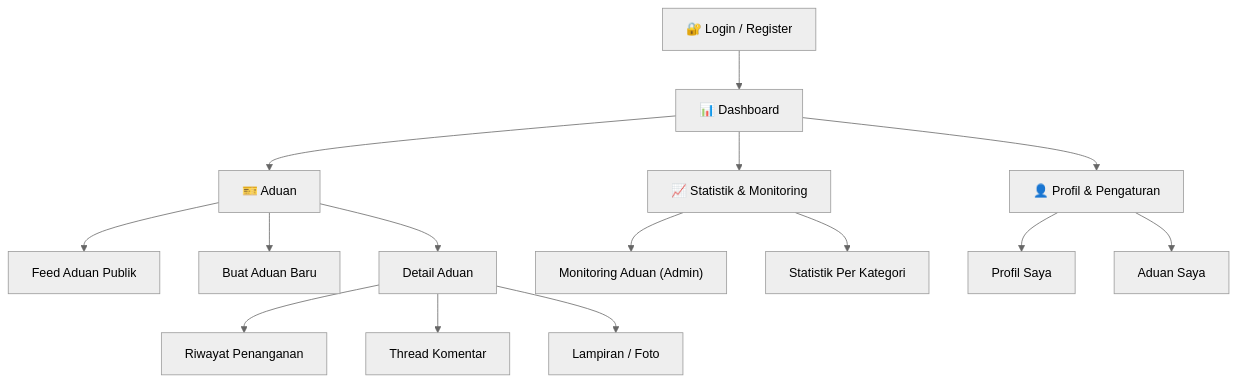
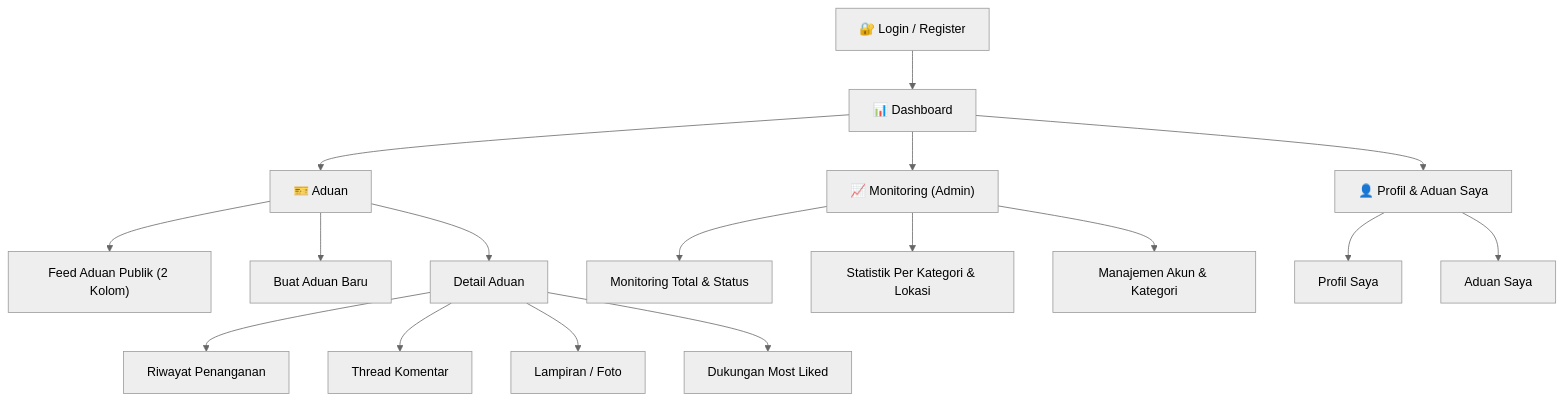
Before and after one commit to satriamegantara/TiketBantu-Mobile: the diagram in docs/TiketBantu/APP_FLOW_TiketBantu.md, drawn with Mermaid (neutral theme). The commit also changed other lines of this file, not shown here.

````diff
--- a/docs/TiketBantu/APP_FLOW_TiketBantu.md
+++ b/docs/TiketBantu/APP_FLOW_TiketBantu.md
@@ -5,22 +14,24 @@
 ```mermaid
 graph TD
     A["🔐 Login / Register"] --> B["📊 Dashboard"]
 
     B --> C["🎫 Aduan"]
-    B --> D["📈 Statistik & Monitoring"]
-    B --> E["👤 Profil & Pengaturan"]
+    B --> D["📈 Monitoring (Admin)"]
+    B --> E["👤 Profil & Aduan Saya"]
 
-    C --> C1["Feed Aduan Publik"]
+    C --> C1["Feed Aduan Publik (2 Kolom)"]
     C --> C2["Buat Aduan Baru"]
     C --> C3["Detail Aduan"]
 
     C3 --> C3a["Riwayat Penanganan"]
     C3 --> C3b["Thread Komentar"]
     C3 --> C3c["Lampiran / Foto"]
+    C3 --> C3d["Dukungan Most Liked"]
 
-    D --> D1["Monitoring Aduan (Admin)"]
-    D --> D2["Statistik Per Kategori"]
+    D --> D1["Monitoring Total & Status"]
+    D --> D2["Statistik Per Kategori & Lokasi"]
+    D --> D3["Manajemen Akun & Kategori"]
 
     E --> E1["Profil Saya"]
     E --> E2["Aduan Saya"]
 ```
````
